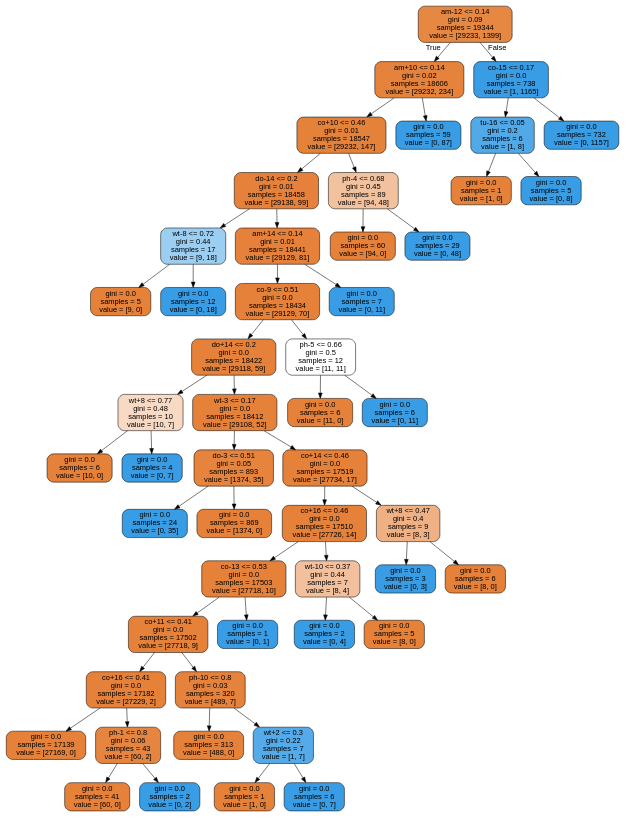
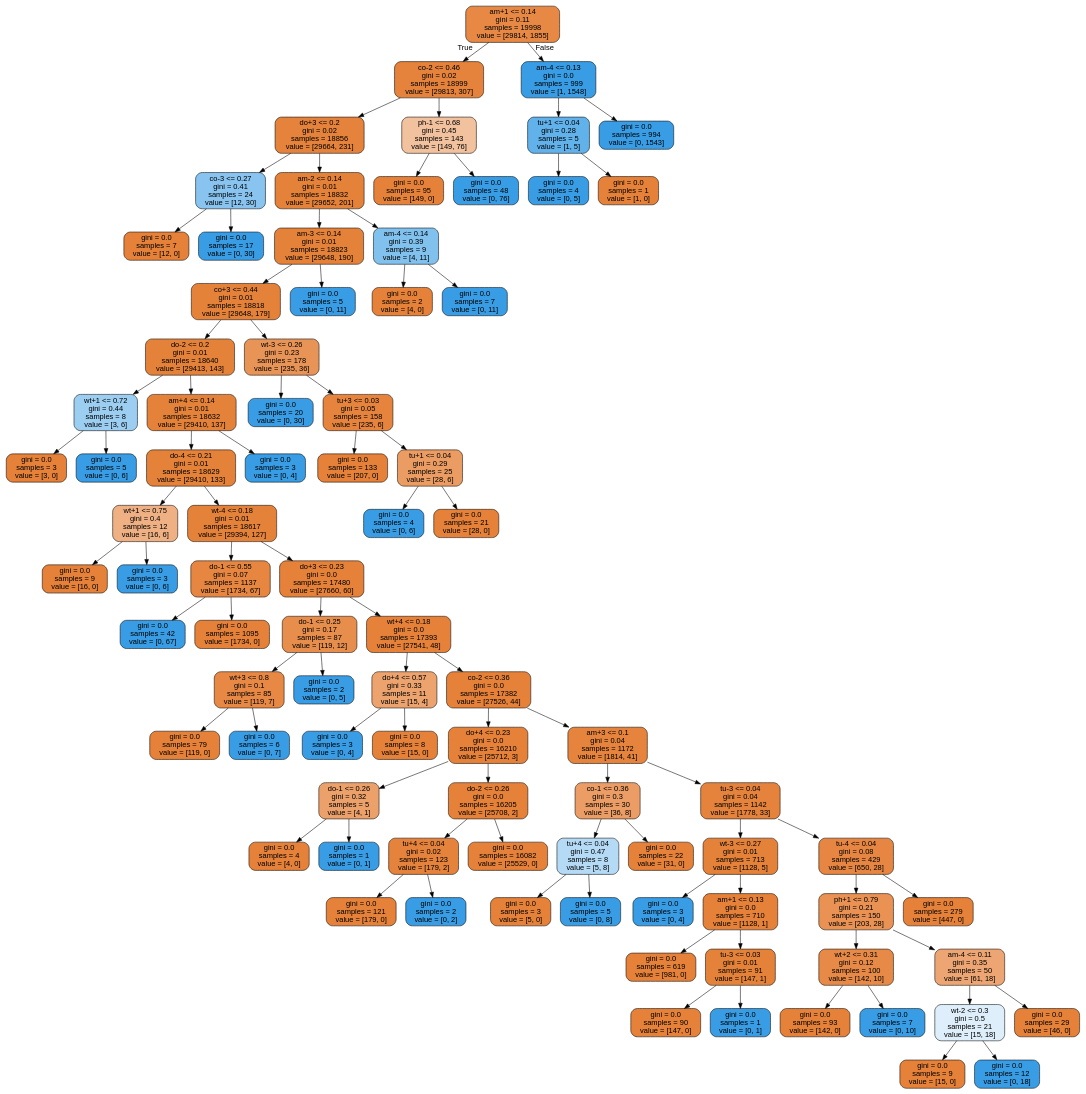
The diagram in tree.dot (xrigueira/w-VP), drawn with Graphviz before and after one commit. The commit also changed 198 other files, not shown here.

```diff
--- a/tree.dot
+++ b/tree.dot
@@ -1,105 +1,177 @@
 digraph Tree {
 node [shape=box, style="filled, rounded", color="black", fontname="helvetica"] ;
 edge [fontname="helvetica"] ;
-0 [label="am-12 <= 0.14\ngini = 0.09\nsamples = 19344\nvalue = [29233, 1399]", fillcolor="#e68742"] ;
-1 [label="am+10 <= 0.14\ngini = 0.02\nsamples = 18606\nvalue = [29232, 234]", fillcolor="#e5823b"] ;
+0 [label="am+1 <= 0.14\ngini = 0.11\nsamples = 19998\nvalue = [29814, 1855]", fillcolor="#e78945"] ;
+1 [label="co-2 <= 0.46\ngini = 0.02\nsamples = 18999\nvalue = [29813, 307]", fillcolor="#e5823b"] ;
 0 -> 1 [labeldistance=2.5, labelangle=45, headlabel="True"] ;
-2 [label="co+10 <= 0.46\ngini = 0.01\nsamples = 18547\nvalue = [29232, 147]", fillcolor="#e5823a"] ;
+2 [label="do+3 <= 0.2\ngini = 0.02\nsamples = 18856\nvalue = [29664, 231]", fillcolor="#e5823b"] ;
 1 -> 2 ;
-3 [label="do-14 <= 0.2\ngini = 0.01\nsamples = 18458\nvalue = [29138, 99]", fillcolor="#e5813a"] ;
+3 [label="co-3 <= 0.27\ngini = 0.41\nsamples = 24\nvalue = [12, 30]", fillcolor="#88c4ef"] ;
 2 -> 3 ;
-4 [label="wt-8 <= 0.72\ngini = 0.44\nsamples = 17\nvalue = [9, 18]", fillcolor="#9ccef2"] ;
+4 [label="gini = 0.0\nsamples = 7\nvalue = [12, 0]", fillcolor="#e58139"] ;
 3 -> 4 ;
-5 [label="gini = 0.0\nsamples = 5\nvalue = [9, 0]", fillcolor="#e58139"] ;
-4 -> 5 ;
-6 [label="gini = 0.0\nsamples = 12\nvalue = [0, 18]", fillcolor="#399de5"] ;
-4 -> 6 ;
-7 [label="am+14 <= 0.14\ngini = 0.01\nsamples = 18441\nvalue = [29129, 81]", fillcolor="#e5813a"] ;
-3 -> 7 ;
-8 [label="co-9 <= 0.51\ngini = 0.0\nsamples = 18434\nvalue = [29129, 70]", fillcolor="#e58139"] ;
+5 [label="gini = 0.0\nsamples = 17\nvalue = [0, 30]", fillcolor="#399de5"] ;
+3 -> 5 ;
+6 [label="am-2 <= 0.14\ngini = 0.01\nsamples = 18832\nvalue = [29652, 201]", fillcolor="#e5823a"] ;
+2 -> 6 ;
+7 [label="am-3 <= 0.14\ngini = 0.01\nsamples = 18823\nvalue = [29648, 190]", fillcolor="#e5823a"] ;
+6 -> 7 ;
+8 [label="co+3 <= 0.44\ngini = 0.01\nsamples = 18818\nvalue = [29648, 179]", fillcolor="#e5823a"] ;
 7 -> 8 ;
-9 [label="do+14 <= 0.2\ngini = 0.0\nsamples = 18422\nvalue = [29118, 59]", fillcolor="#e58139"] ;
+9 [label="do-2 <= 0.2\ngini = 0.01\nsamples = 18640\nvalue = [29413, 143]", fillcolor="#e5823a"] ;
 8 -> 9 ;
-10 [label="wt+8 <= 0.77\ngini = 0.48\nsamples = 10\nvalue = [10, 7]", fillcolor="#f7d9c4"] ;
+10 [label="wt+1 <= 0.72\ngini = 0.44\nsamples = 8\nvalue = [3, 6]", fillcolor="#9ccef2"] ;
 9 -> 10 ;
-11 [label="gini = 0.0\nsamples = 6\nvalue = [10, 0]", fillcolor="#e58139"] ;
+11 [label="gini = 0.0\nsamples = 3\nvalue = [3, 0]", fillcolor="#e58139"] ;
 10 -> 11 ;
-12 [label="gini = 0.0\nsamples = 4\nvalue = [0, 7]", fillcolor="#399de5"] ;
+12 [label="gini = 0.0\nsamples = 5\nvalue = [0, 6]", fillcolor="#399de5"] ;
 10 -> 12 ;
-13 [label="wt-3 <= 0.17\ngini = 0.0\nsamples = 18412\nvalue = [29108, 52]", fillcolor="#e58139"] ;
+13 [label="am+4 <= 0.14\ngini = 0.01\nsamples = 18632\nvalue = [29410, 137]", fillcolor="#e5823a"] ;
 9 -> 13 ;
-14 [label="do-3 <= 0.51\ngini = 0.05\nsamples = 893\nvalue = [1374, 35]", fillcolor="#e6843e"] ;
+14 [label="do-4 <= 0.21\ngini = 0.01\nsamples = 18629\nvalue = [29410, 133]", fillcolor="#e5823a"] ;
 13 -> 14 ;
-15 [label="gini = 0.0\nsamples = 24\nvalue = [0, 35]", fillcolor="#399de5"] ;
+15 [label="wt+1 <= 0.75\ngini = 0.4\nsamples = 12\nvalue = [16, 6]", fillcolor="#efb083"] ;
 14 -> 15 ;
-16 [label="gini = 0.0\nsamples = 869\nvalue = [1374, 0]", fillcolor="#e58139"] ;
-14 -> 16 ;
-17 [label="co+14 <= 0.46\ngini = 0.0\nsamples = 17519\nvalue = [27734, 17]", fillcolor="#e58139"] ;
-13 -> 17 ;
-18 [label="co+16 <= 0.46\ngini = 0.0\nsamples = 17510\nvalue = [27726, 14]", fillcolor="#e58139"] ;
-17 -> 18 ;
-19 [label="co-13 <= 0.53\ngini = 0.0\nsamples = 17503\nvalue = [27718, 10]", fillcolor="#e58139"] ;
+16 [label="gini = 0.0\nsamples = 9\nvalue = [16, 0]", fillcolor="#e58139"] ;
+15 -> 16 ;
+17 [label="gini = 0.0\nsamples = 3\nvalue = [0, 6]", fillcolor="#399de5"] ;
+15 -> 17 ;
+18 [label="wt-4 <= 0.18\ngini = 0.01\nsamples = 18617\nvalue = [29394, 127]", fillcolor="#e5823a"] ;
+14 -> 18 ;
+19 [label="do-1 <= 0.55\ngini = 0.07\nsamples = 1137\nvalue = [1734, 67]", fillcolor="#e68641"] ;
 18 -> 19 ;
-20 [label="co+11 <= 0.41\ngini = 0.0\nsamples = 17502\nvalue = [27718, 9]", fillcolor="#e58139"] ;
+20 [label="gini = 0.0\nsamples = 42\nvalue = [0, 67]", fillcolor="#399de5"] ;
 19 -> 20 ;
-21 [label="co+16 <= 0.41\ngini = 0.0\nsamples = 17182\nvalue = [27229, 2]", fillcolor="#e58139"] ;
-20 -> 21 ;
-22 [label="gini = 0.0\nsamples = 17139\nvalue = [27169, 0]", fillcolor="#e58139"] ;
-21 -> 22 ;
-23 [label="ph-1 <= 0.8\ngini = 0.06\nsamples = 43\nvalue = [60, 2]", fillcolor="#e68540"] ;
-21 -> 23 ;
-24 [label="gini = 0.0\nsamples = 41\nvalue = [60, 0]", fillcolor="#e58139"] ;
+21 [label="gini = 0.0\nsamples = 1095\nvalue = [1734, 0]", fillcolor="#e58139"] ;
+19 -> 21 ;
+22 [label="do+3 <= 0.23\ngini = 0.0\nsamples = 17480\nvalue = [27660, 60]", fillcolor="#e58139"] ;
+18 -> 22 ;
+23 [label="do-1 <= 0.25\ngini = 0.17\nsamples = 87\nvalue = [119, 12]", fillcolor="#e88e4d"] ;
+22 -> 23 ;
+24 [label="wt+3 <= 0.8\ngini = 0.1\nsamples = 85\nvalue = [119, 7]", fillcolor="#e78845"] ;
 23 -> 24 ;
-25 [label="gini = 0.0\nsamples = 2\nvalue = [0, 2]", fillcolor="#399de5"] ;
-23 -> 25 ;
-26 [label="ph-10 <= 0.8\ngini = 0.03\nsamples = 320\nvalue = [489, 7]", fillcolor="#e5833c"] ;
-20 -> 26 ;
-27 [label="gini = 0.0\nsamples = 313\nvalue = [488, 0]", fillcolor="#e58139"] ;
-26 -> 27 ;
-28 [label="wt+2 <= 0.3\ngini = 0.22\nsamples = 7\nvalue = [1, 7]", fillcolor="#55abe9"] ;
-26 -> 28 ;
-29 [label="gini = 0.0\nsamples = 1\nvalue = [1, 0]", fillcolor="#e58139"] ;
+25 [label="gini = 0.0\nsamples = 79\nvalue = [119, 0]", fillcolor="#e58139"] ;
+24 -> 25 ;
+26 [label="gini = 0.0\nsamples = 6\nvalue = [0, 7]", fillcolor="#399de5"] ;
+24 -> 26 ;
+27 [label="gini = 0.0\nsamples = 2\nvalue = [0, 5]", fillcolor="#399de5"] ;
+23 -> 27 ;
+28 [label="wt+4 <= 0.18\ngini = 0.0\nsamples = 17393\nvalue = [27541, 48]", fillcolor="#e58139"] ;
+22 -> 28 ;
+29 [label="do+4 <= 0.57\ngini = 0.33\nsamples = 11\nvalue = [15, 4]", fillcolor="#eca36e"] ;
 28 -> 29 ;
-30 [label="gini = 0.0\nsamples = 6\nvalue = [0, 7]", fillcolor="#399de5"] ;
-28 -> 30 ;
-31 [label="gini = 0.0\nsamples = 1\nvalue = [0, 1]", fillcolor="#399de5"] ;
-19 -> 31 ;
-32 [label="wt-10 <= 0.37\ngini = 0.44\nsamples = 7\nvalue = [8, 4]", fillcolor="#f2c09c"] ;
-18 -> 32 ;
-33 [label="gini = 0.0\nsamples = 2\nvalue = [0, 4]", fillcolor="#399de5"] ;
+30 [label="gini = 0.0\nsamples = 3\nvalue = [0, 4]", fillcolor="#399de5"] ;
+29 -> 30 ;
+31 [label="gini = 0.0\nsamples = 8\nvalue = [15, 0]", fillcolor="#e58139"] ;
+29 -> 31 ;
+32 [label="co-2 <= 0.36\ngini = 0.0\nsamples = 17382\nvalue = [27526, 44]", fillcolor="#e58139"] ;
+28 -> 32 ;
+33 [label="do+4 <= 0.23\ngini = 0.0\nsamples = 16210\nvalue = [25712, 3]", fillcolor="#e58139"] ;
 32 -> 33 ;
-34 [label="gini = 0.0\nsamples = 5\nvalue = [8, 0]", fillcolor="#e58139"] ;
-32 -> 34 ;
-35 [label="wt+8 <= 0.47\ngini = 0.4\nsamples = 9\nvalue = [8, 3]", fillcolor="#efb083"] ;
-17 -> 35 ;
-36 [label="gini = 0.0\nsamples = 3\nvalue = [0, 3]", fillcolor="#399de5"] ;
-35 -> 36 ;
-37 [label="gini = 0.0\nsamples = 6\nvalue = [8, 0]", fillcolor="#e58139"] ;
-35 -> 37 ;
-38 [label="ph-5 <= 0.66\ngini = 0.5\nsamples = 12\nvalue = [11, 11]", fillcolor="#ffffff"] ;
-8 -> 38 ;
-39 [label="gini = 0.0\nsamples = 6\nvalue = [11, 0]", fillcolor="#e58139"] ;
+34 [label="do-1 <= 0.26\ngini = 0.32\nsamples = 5\nvalue = [4, 1]", fillcolor="#eca06a"] ;
+33 -> 34 ;
+35 [label="gini = 0.0\nsamples = 4\nvalue = [4, 0]", fillcolor="#e58139"] ;
+34 -> 35 ;
+36 [label="gini = 0.0\nsamples = 1\nvalue = [0, 1]", fillcolor="#399de5"] ;
+34 -> 36 ;
+37 [label="do-2 <= 0.26\ngini = 0.0\nsamples = 16205\nvalue = [25708, 2]", fillcolor="#e58139"] ;
+33 -> 37 ;
+38 [label="tu+4 <= 0.04\ngini = 0.02\nsamples = 123\nvalue = [179, 2]", fillcolor="#e5823b"] ;
+37 -> 38 ;
+39 [label="gini = 0.0\nsamples = 121\nvalue = [179, 0]", fillcolor="#e58139"] ;
 38 -> 39 ;
-40 [label="gini = 0.0\nsamples = 6\nvalue = [0, 11]", fillcolor="#399de5"] ;
+40 [label="gini = 0.0\nsamples = 2\nvalue = [0, 2]", fillcolor="#399de5"] ;
 38 -> 40 ;
-41 [label="gini = 0.0\nsamples = 7\nvalue = [0, 11]", fillcolor="#399de5"] ;
-7 -> 41 ;
-42 [label="ph-4 <= 0.68\ngini = 0.45\nsamples = 89\nvalue = [94, 48]", fillcolor="#f2c19e"] ;
-2 -> 42 ;
-43 [label="gini = 0.0\nsamples = 60\nvalue = [94, 0]", fillcolor="#e58139"] ;
+41 [label="gini = 0.0\nsamples = 16082\nvalue = [25529, 0]", fillcolor="#e58139"] ;
+37 -> 41 ;
+42 [label="am+3 <= 0.1\ngini = 0.04\nsamples = 1172\nvalue = [1814, 41]", fillcolor="#e6843d"] ;
+32 -> 42 ;
+43 [label="co-1 <= 0.36\ngini = 0.3\nsamples = 30\nvalue = [36, 8]", fillcolor="#eb9d65"] ;
 42 -> 43 ;
-44 [label="gini = 0.0\nsamples = 29\nvalue = [0, 48]", fillcolor="#399de5"] ;
-42 -> 44 ;
-45 [label="gini = 0.0\nsamples = 59\nvalue = [0, 87]", fillcolor="#399de5"] ;
-1 -> 45 ;
-46 [label="co-15 <= 0.17\ngini = 0.0\nsamples = 738\nvalue = [1, 1165]", fillcolor="#399de5"] ;
-0 -> 46 [labeldistance=2.5, labelangle=-45, headlabel="False"] ;
-47 [label="tu-16 <= 0.05\ngini = 0.2\nsamples = 6\nvalue = [1, 8]", fillcolor="#52a9e8"] ;
-46 -> 47 ;
-48 [label="gini = 0.0\nsamples = 1\nvalue = [1, 0]", fillcolor="#e58139"] ;
-47 -> 48 ;
-49 [label="gini = 0.0\nsamples = 5\nvalue = [0, 8]", fillcolor="#399de5"] ;
-47 -> 49 ;
-50 [label="gini = 0.0\nsamples = 732\nvalue = [0, 1157]", fillcolor="#399de5"] ;
-46 -> 50 ;
+44 [label="tu+4 <= 0.04\ngini = 0.47\nsamples = 8\nvalue = [5, 8]", fillcolor="#b5daf5"] ;
+43 -> 44 ;
+45 [label="gini = 0.0\nsamples = 3\nvalue = [5, 0]", fillcolor="#e58139"] ;
+44 -> 45 ;
+46 [label="gini = 0.0\nsamples = 5\nvalue = [0, 8]", fillcolor="#399de5"] ;
+44 -> 46 ;
+47 [label="gini = 0.0\nsamples = 22\nvalue = [31, 0]", fillcolor="#e58139"] ;
+43 -> 47 ;
+48 [label="tu-3 <= 0.04\ngini = 0.04\nsamples = 1142\nvalue = [1778, 33]", fillcolor="#e5833d"] ;
+42 -> 48 ;
+49 [label="wt-3 <= 0.27\ngini = 0.01\nsamples = 713\nvalue = [1128, 5]", fillcolor="#e5823a"] ;
+48 -> 49 ;
+50 [label="gini = 0.0\nsamples = 3\nvalue = [0, 4]", fillcolor="#399de5"] ;
+49 -> 50 ;
+51 [label="am+1 <= 0.13\ngini = 0.0\nsamples = 710\nvalue = [1128, 1]", fillcolor="#e58139"] ;
+49 -> 51 ;
+52 [label="gini = 0.0\nsamples = 619\nvalue = [981, 0]", fillcolor="#e58139"] ;
+51 -> 52 ;
+53 [label="tu-3 <= 0.03\ngini = 0.01\nsamples = 91\nvalue = [147, 1]", fillcolor="#e5823a"] ;
+51 -> 53 ;
+54 [label="gini = 0.0\nsamples = 90\nvalue = [147, 0]", fillcolor="#e58139"] ;
+53 -> 54 ;
+55 [label="gini = 0.0\nsamples = 1\nvalue = [0, 1]", fillcolor="#399de5"] ;
+53 -> 55 ;
+56 [label="tu-4 <= 0.04\ngini = 0.08\nsamples = 429\nvalue = [650, 28]", fillcolor="#e68642"] ;
+48 -> 56 ;
+57 [label="ph+1 <= 0.79\ngini = 0.21\nsamples = 150\nvalue = [203, 28]", fillcolor="#e99254"] ;
+56 -> 57 ;
+58 [label="wt+2 <= 0.31\ngini = 0.12\nsamples = 100\nvalue = [142, 10]", fillcolor="#e78a47"] ;
+57 -> 58 ;
+59 [label="gini = 0.0\nsamples = 93\nvalue = [142, 0]", fillcolor="#e58139"] ;
+58 -> 59 ;
+60 [label="gini = 0.0\nsamples = 7\nvalue = [0, 10]", fillcolor="#399de5"] ;
+58 -> 60 ;
+61 [label="am-4 <= 0.11\ngini = 0.35\nsamples = 50\nvalue = [61, 18]", fillcolor="#eda673"] ;
+57 -> 61 ;
+62 [label="wt-2 <= 0.3\ngini = 0.5\nsamples = 21\nvalue = [15, 18]", fillcolor="#deeffb"] ;
+61 -> 62 ;
+63 [label="gini = 0.0\nsamples = 9\nvalue = [15, 0]", fillcolor="#e58139"] ;
+62 -> 63 ;
+64 [label="gini = 0.0\nsamples = 12\nvalue = [0, 18]", fillcolor="#399de5"] ;
+62 -> 64 ;
+65 [label="gini = 0.0\nsamples = 29\nvalue = [46, 0]", fillcolor="#e58139"] ;
+61 -> 65 ;
+66 [label="gini = 0.0\nsamples = 279\nvalue = [447, 0]", fillcolor="#e58139"] ;
+56 -> 66 ;
+67 [label="gini = 0.0\nsamples = 3\nvalue = [0, 4]", fillcolor="#399de5"] ;
+13 -> 67 ;
+68 [label="wt-3 <= 0.26\ngini = 0.23\nsamples = 178\nvalue = [235, 36]", fillcolor="#e99457"] ;
+8 -> 68 ;
+69 [label="gini = 0.0\nsamples = 20\nvalue = [0, 30]", fillcolor="#399de5"] ;
+68 -> 69 ;
+70 [label="tu+3 <= 0.03\ngini = 0.05\nsamples = 158\nvalue = [235, 6]", fillcolor="#e6843e"] ;
+68 -> 70 ;
+71 [label="gini = 0.0\nsamples = 133\nvalue = [207, 0]", fillcolor="#e58139"] ;
+70 -> 71 ;
+72 [label="tu+1 <= 0.04\ngini = 0.29\nsamples = 25\nvalue = [28, 6]", fillcolor="#eb9c63"] ;
+70 -> 72 ;
+73 [label="gini = 0.0\nsamples = 4\nvalue = [0, 6]", fillcolor="#399de5"] ;
+72 -> 73 ;
+74 [label="gini = 0.0\nsamples = 21\nvalue = [28, 0]", fillcolor="#e58139"] ;
+72 -> 74 ;
+75 [label="gini = 0.0\nsamples = 5\nvalue = [0, 11]", fillcolor="#399de5"] ;
+7 -> 75 ;
+76 [label="am-4 <= 0.14\ngini = 0.39\nsamples = 9\nvalue = [4, 11]", fillcolor="#81c1ee"] ;
+6 -> 76 ;
+77 [label="gini = 0.0\nsamples = 2\nvalue = [4, 0]", fillcolor="#e58139"] ;
+76 -> 77 ;
+78 [label="gini = 0.0\nsamples = 7\nvalue = [0, 11]", fillcolor="#399de5"] ;
+76 -> 78 ;
+79 [label="ph-1 <= 0.68\ngini = 0.45\nsamples = 143\nvalue = [149, 76]", fillcolor="#f2c19e"] ;
+1 -> 79 ;
+80 [label="gini = 0.0\nsamples = 95\nvalue = [149, 0]", fillcolor="#e58139"] ;
+79 -> 80 ;
+81 [label="gini = 0.0\nsamples = 48\nvalue = [0, 76]", fillcolor="#399de5"] ;
+79 -> 81 ;
+82 [label="am-4 <= 0.13\ngini = 0.0\nsamples = 999\nvalue = [1, 1548]", fillcolor="#399de5"] ;
+0 -> 82 [labeldistance=2.5, labelangle=-45, headlabel="False"] ;
+83 [label="tu+1 <= 0.04\ngini = 0.28\nsamples = 5\nvalue = [1, 5]", fillcolor="#61b1ea"] ;
+82 -> 83 ;
+84 [label="gini = 0.0\nsamples = 4\nvalue = [0, 5]", fillcolor="#399de5"] ;
+83 -> 84 ;
+85 [label="gini = 0.0\nsamples = 1\nvalue = [1, 0]", fillcolor="#e58139"] ;
+83 -> 85 ;
+86 [label="gini = 0.0\nsamples = 994\nvalue = [0, 1543]", fillcolor="#399de5"] ;
+82 -> 86 ;
 }
```
